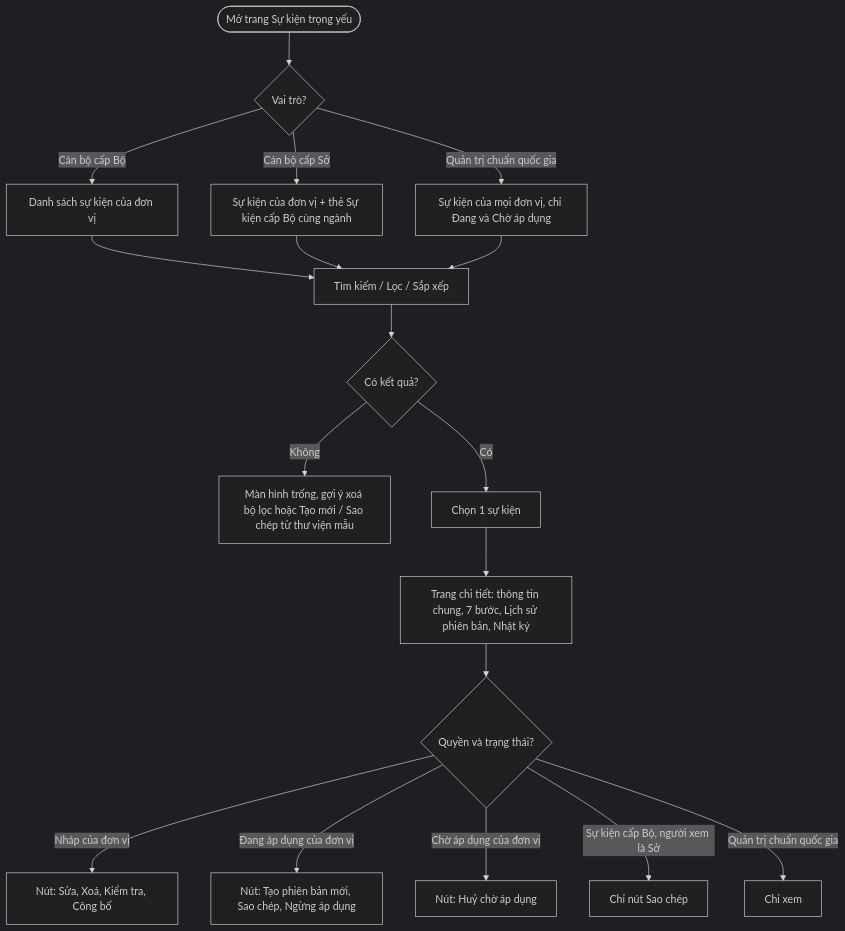
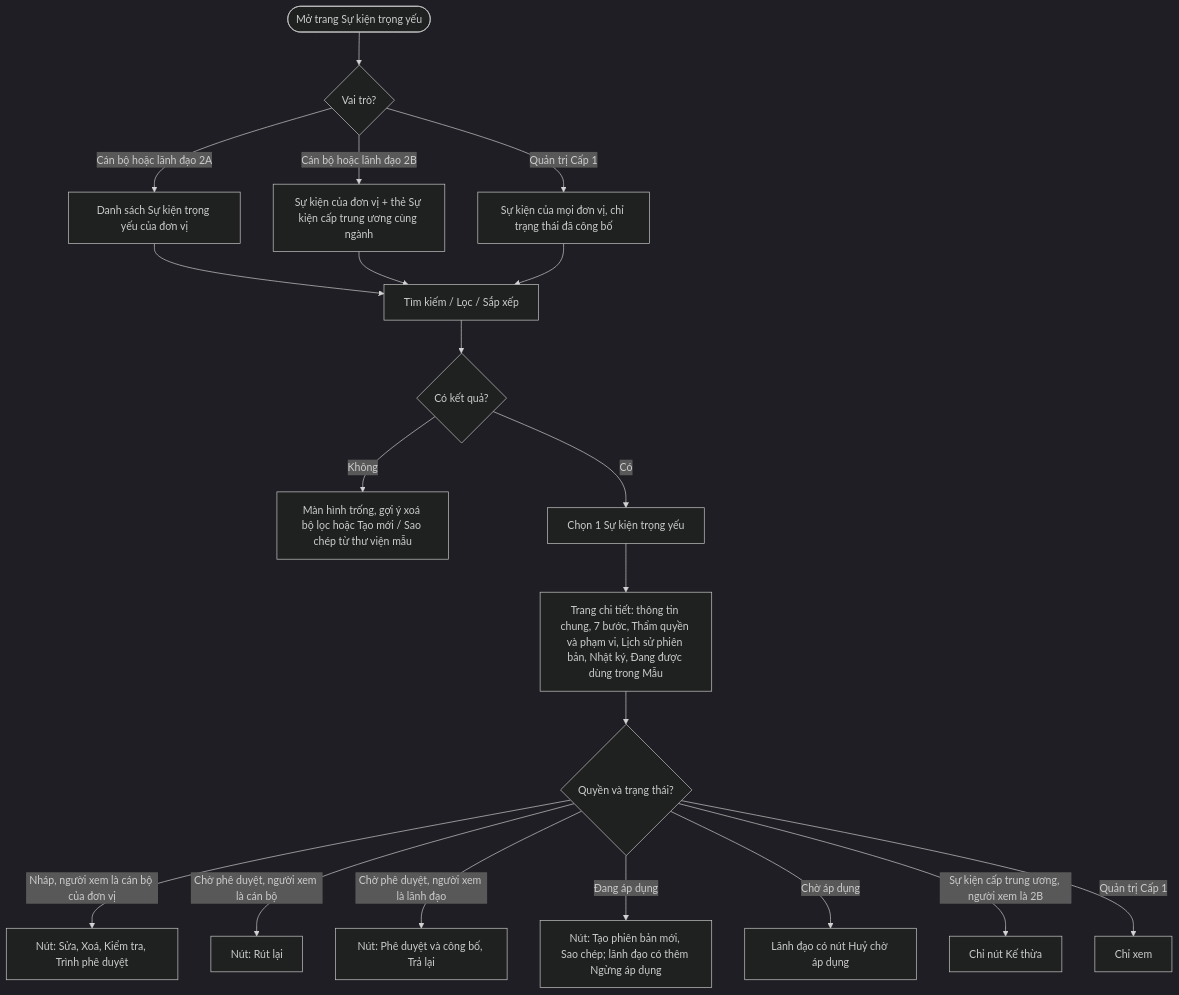
One commit to cuongnh-rd/ndatrace-attp changed the sixth of 17 diagrams in docs/prd/PRD-Xay-dung-Su-kien-trong-yeu.md. Above: the diagram before and after it, drawn with Mermaid (dark theme). The commit also changed other lines of this file and 18 other files, not shown here.

First line of the commit message:
docs: PRD Xây dựng Sự kiện trọng yếu v6 - đối chiếu Quyển 2/3, bổ sung phê duyệt, quy tắc viết đầy đủ

````diff
--- a/docs/prd/PRD-Xay-dung-Su-kien-trong-yeu.md
+++ b/docs/prd/PRD-Xay-dung-Su-kien-trong-yeu.md
@@ -298,20 +679,22 @@
 ```mermaid
 flowchart TD
     A([Mở trang Sự kiện trọng yếu]) --> B{Vai trò?}
-    B -- Cán bộ cấp Bộ --> C[Danh sách sự kiện của đơn vị]
-    B -- Cán bộ cấp Sở --> D[Sự kiện của đơn vị + thẻ Sự kiện cấp Bộ cùng ngành]
-    B -- Quản trị chuẩn quốc gia --> E[Sự kiện của mọi đơn vị, chỉ Đang và Chờ áp dụng]
+    B -- Cán bộ hoặc lãnh đạo 2A --> C[Danh sách Sự kiện trọng yếu của đơn vị]
+    B -- Cán bộ hoặc lãnh đạo 2B --> D[Sự kiện của đơn vị + thẻ Sự kiện cấp trung ương cùng ngành]
+    B -- Quản trị Cấp 1 --> E[Sự kiện của mọi đơn vị, chỉ trạng thái đã công bố]
     C --> F[Tìm kiếm / Lọc / Sắp xếp]
     D --> F
     E --> F
     F --> G{Có kết quả?}
     G -- Không --> H[Màn hình trống, gợi ý xoá bộ lọc hoặc Tạo mới / Sao chép từ thư viện mẫu]
-    G -- Có --> I[Chọn 1 sự kiện]
-    I --> J[Trang chi tiết: thông tin chung, 7 bước, Lịch sử phiên bản, Nhật ký]
+    G -- Có --> I[Chọn 1 Sự kiện trọng yếu]
+    I --> J[Trang chi tiết: thông tin chung, 7 bước, Thẩm quyền và phạm vi, Lịch sử phiên bản, Nhật ký, Đang được dùng trong Mẫu]
     J --> K{Quyền và trạng thái?}
-    K -- Nháp của đơn vị --> L[Nút: Sửa, Xoá, Kiểm tra, Công bố]
-    K -- Đang áp dụng của đơn vị --> M[Nút: Tạo phiên bản mới, Sao chép, Ngừng áp dụng]
-    K -- Chờ áp dụng của đơn vị --> N[Nút: Huỷ chờ áp dụng]
-    K -- Sự kiện cấp Bộ, người xem là Sở --> O[Chỉ nút Sao chép]
-    K -- Quản trị chuẩn quốc gia --> P[Chỉ xem]
+    K -- Nháp, người xem là cán bộ của đơn vị --> L[Nút: Sửa, Xoá, Kiểm tra, Trình phê duyệt]
+    K -- Chờ phê duyệt, người xem là cán bộ --> L2[Nút: Rút lại]
+    K -- Chờ phê duyệt, người xem là lãnh đạo --> L3[Nút: Phê duyệt và công bố, Trả lại]
+    K -- Đang áp dụng --> M[Nút: Tạo phiên bản mới, Sao chép; lãnh đạo có thêm Ngừng áp dụng]
+    K -- Chờ áp dụng --> N[Lãnh đạo có nút Huỷ chờ áp dụng]
+    K -- Sự kiện cấp trung ương, người xem là 2B --> O[Chỉ nút Kế thừa]
+    K -- Quản trị Cấp 1 --> P[Chỉ xem]
 ```
````
